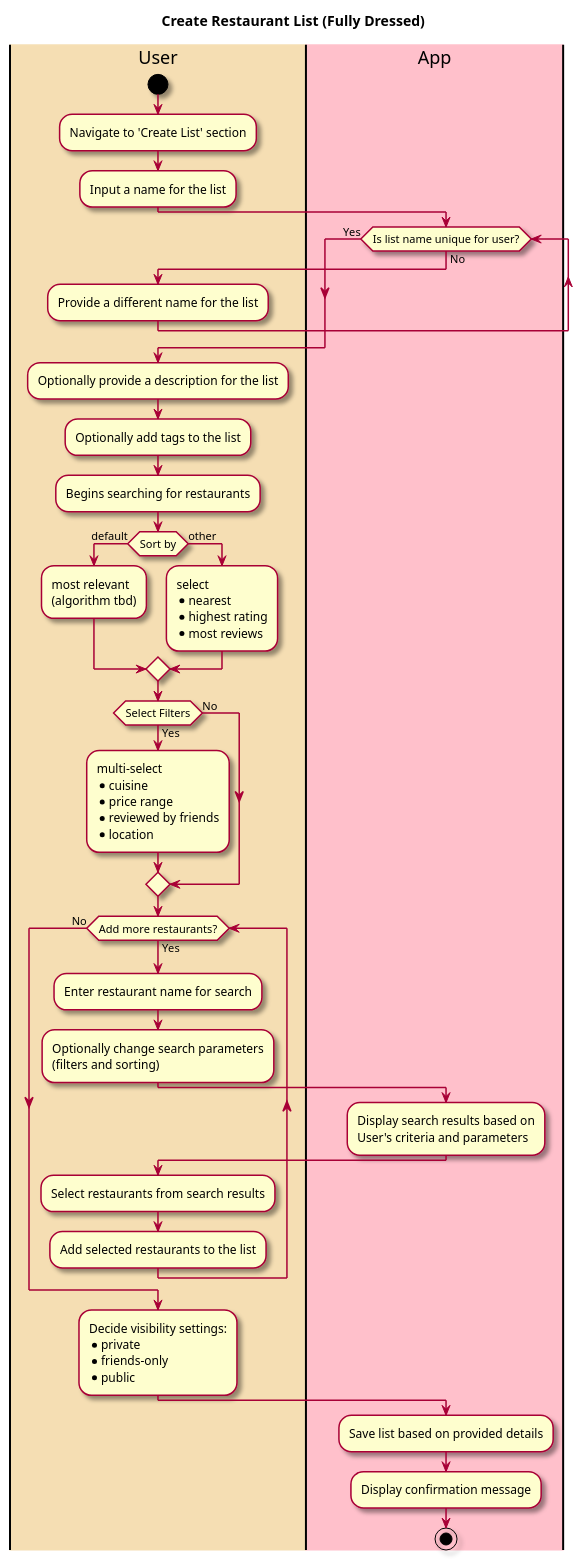
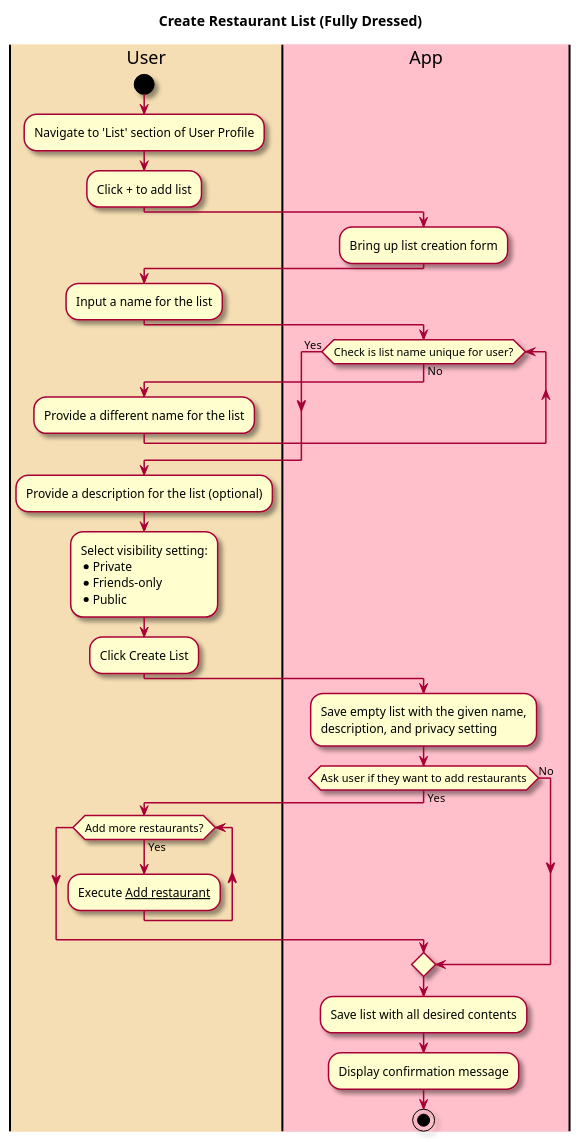
One commit to tanwasp/LunchBox-Android changed the first of 2 diagrams in intellij/doc/use_cases/create-list.md. Above: the diagram before and after it, drawn with PlantUML. The commit also changed other lines of this file and 4 other files, not shown here.

Commit message:
Fix Create List use case

````diff
--- a/intellij/doc/use_cases/create-list.md
+++ b/intellij/doc/use_cases/create-list.md
@@ -16,74 +21,55 @@
 ```plantuml
 @startuml
 
 skin rose
 
 title Create Restaurant List (Fully Dressed)
 
 |#wheat|User|
 |#pink|App|
 
 |User|
 start
-:Navigate to 'Create List' section;
+:Navigate to 'List' section of User Profile;
+:Click + to add list;
+
+|App|
+:Bring up list creation form;
+
+|User|
 :Input a name for the list;
+
 |App|
-while (Is list name unique for user?) is (No)
+while (Check is list name unique for user?) is (No)
   |User|
   :Provide a different name for the list;
 endwhile (Yes)
 
 |User|
-:Optionally provide a description for the list;
-:Optionally add tags to the list;
-:Begins searching for restaurants;
+:Provide a description for the list (optional);
+:Select visibility setting:
+* Private
+* Friends-only
+* Public;
+:Click Create List;
 
-if (Sort by) is (default) then
-:most relevant
-(algorithm tbd);
-else (other)
-:select
-* nearest
-* highest rating
-* most reviews;
-endif
-if (Select Filters) is (Yes) then
-:multi-select
-*cuisine
-*price range
-*reviewed by friends
-*location;
-
+|App|
+:Save empty list with the given name,
+description, and privacy setting;
+if (Ask user if they want to add restaurants) is (Yes) then
+|User|
+while (Add more restaurants?) is (Yes)
+:Execute __Add restaurant__;
+endwhile
 else (No)
 endif
 
-
-
-while (Add more restaurants?) is (Yes)
-  :Enter restaurant name for search;
-  :Optionally change search parameters 
-  (filters and sorting);
-
-  |App|
-  :Display search results based on 
-  User's criteria and parameters;
-
-  |User|
-  :Select restaurants from search results;
-  :Add selected restaurants to the list;
-endwhile (No)
-
-:Decide visibility settings:
-* private
-* friends-only
-* public;
-
 |App|
-:Save list based on provided details;
+:Save list with all desired contents;
 :Display confirmation message;
 
 stop
 
 @enduml
 
 ```
````
